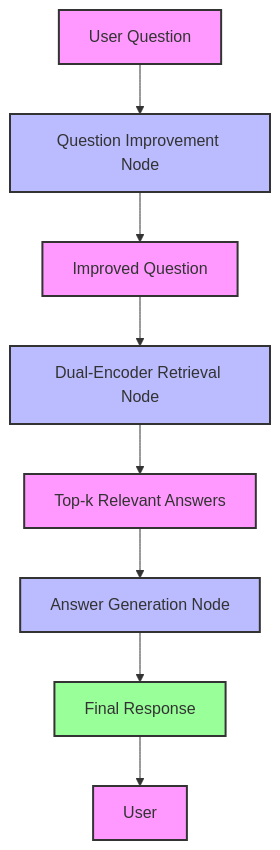
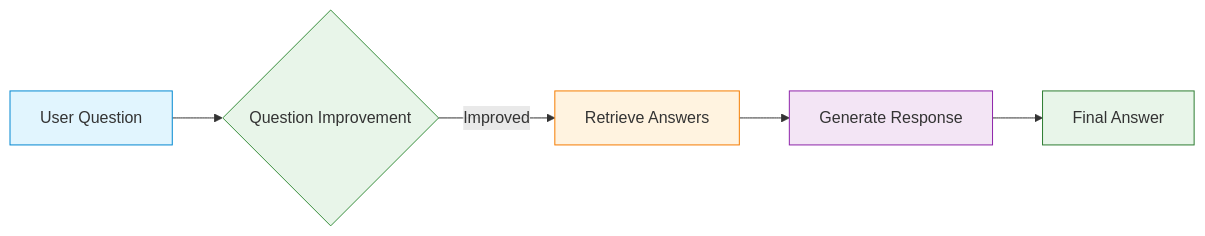
One commit to OmarAbdelhamidAly/Generative_Ai_projects changed the diagram in Multimodal-EcommerceAI/README.md. Above: the diagram before and after it, drawn with Mermaid. The commit also changed other lines of this file, not shown here.

````diff
--- a/Multimodal-EcommerceAI/README.md
+++ b/Multimodal-EcommerceAI/README.md
@@ -65,19 +108,13 @@
 ```mermaid
-graph TD
-    A[User Question] --> B[Question Improvement Node]
-    B --> C[Improved Question]
-    C --> D[Dual-Encoder Retrieval Node]
-    D --> E[Top-k Relevant Answers]
-    E --> F[Answer Generation Node]
-    F --> G[Final Response]
-    G --> H[User]
+graph LR
+    A[User Question] --> B{Question Improvement}
+    B -->|Improved| C[Retrieve Answers]
+    C --> D[Generate Response]
+    D --> E[Final Answer]
     
-    style A fill:#f9f,stroke:#333,stroke-width:2px
-    style B fill:#bbf,stroke:#333,stroke-width:2px
-    style C fill:#f9f,stroke:#333,stroke-width:2px
-    style D fill:#bbf,stroke:#333,stroke-width:2px
-    style E fill:#f9f,stroke:#333,stroke-width:2px
-    style F fill:#bbf,stroke:#333,stroke-width:2px
-    style G fill:#9f9,stroke:#333,stroke-width:2px
-    style H fill:#f9f,stroke:#333,stroke-width:2px
+    style A fill:#e1f5fe,stroke:#0288d1
+    style B fill:#e8f5e9,stroke:#388e3c
+    style C fill:#fff3e0,stroke:#f57c00
+    style D fill:#f3e5f5,stroke:#8e24aa
+    style E fill:#e8f5e9,stroke:#2e7d32
 ```
````
